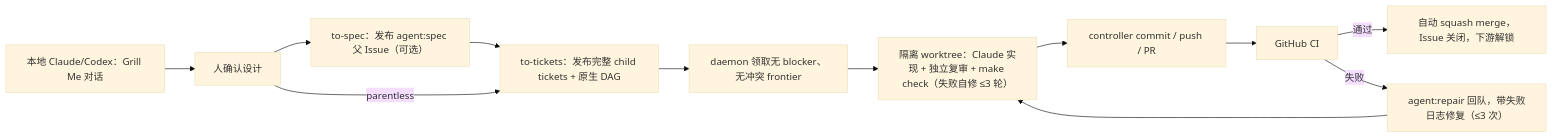
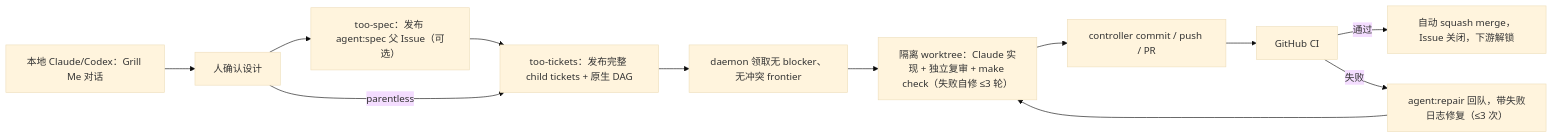
One commit to LkxPro/insuredesk changed the diagram in docs/agents/agent-loop.md. Above: the diagram before and after it, drawn with Mermaid (base theme). The commit also changed other lines of this file and 10 other files, not shown here.

First line of the commit message:
chore: 项目 skill 改名 too-spec/too-tickets，避免与 mattpocock/skills 重名

````diff
--- a/docs/agents/agent-loop.md
+++ b/docs/agents/agent-loop.md
@@ -22,14 +22,14 @@
 ```mermaid
 flowchart LR
   G["本地 Claude/Codex：Grill Me 对话"] --> C["人确认设计"]
-  C --> S["to-spec：发布 agent:spec 父 Issue（可选）"]
-  S --> T["to-tickets：发布完整 child tickets + 原生 DAG"]
+  C --> S["too-spec：发布 agent:spec 父 Issue（可选）"]
+  S --> T["too-tickets：发布完整 child tickets + 原生 DAG"]
   C -->|parentless| T
   T --> F["daemon 领取无 blocker、无冲突 frontier"]
   F --> W["隔离 worktree：Claude 实现 + 独立复审 + make check（失败自修 ≤3 轮）"]
   W --> P["controller commit / push / PR"]
   P --> CI["GitHub CI"]
   CI -->|通过| M["自动 squash merge，Issue 关闭，下游解锁"]
   CI -->|失败| R["agent:repair 回队，带失败日志修复（≤3 次）"]
   R --> W
 ```
````
